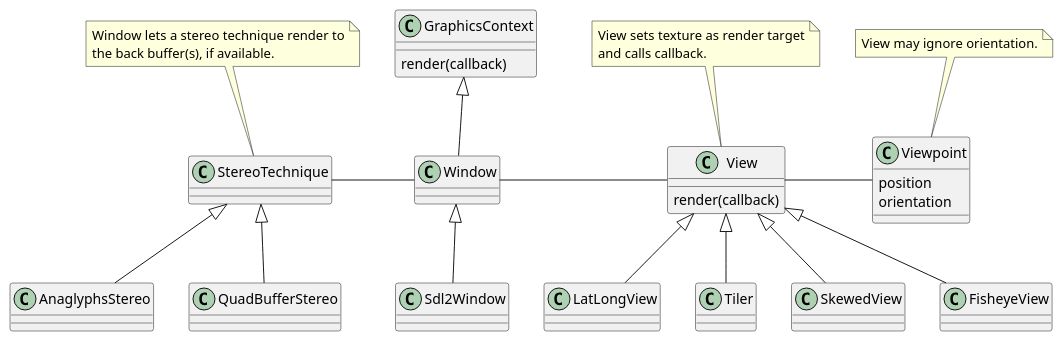
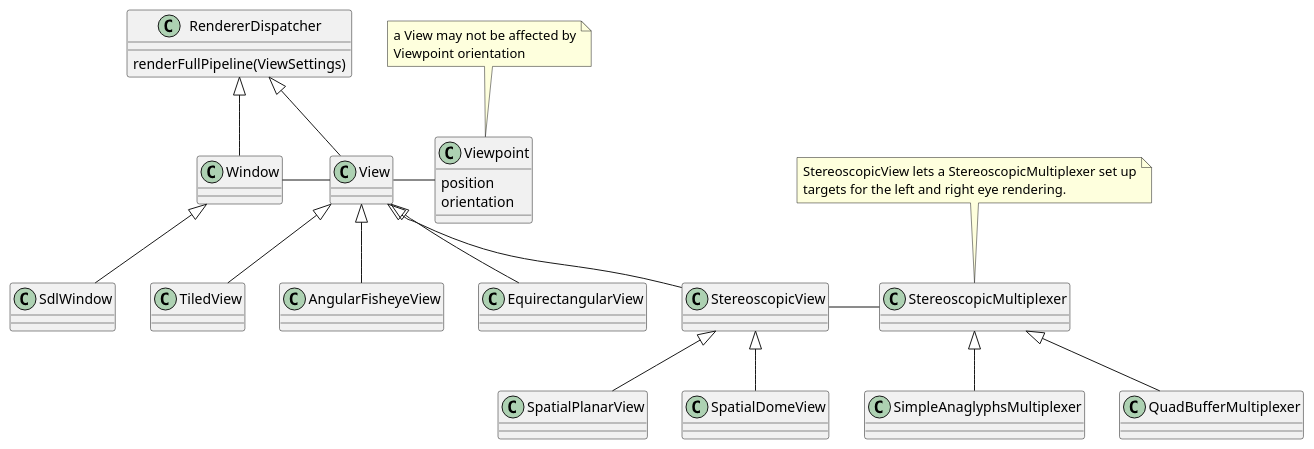
Before and after one commit to karlun/gramods: the diagram in README.md, drawn with PlantUML. The commit also changed other lines of this file, not shown here.

````diff
--- a/README.md
+++ b/README.md
@@ -157,20 +160,21 @@
 ```plantuml
-GraphicsContext <|-- Window
-GraphicsContext : render(callback)
+RendererDispatcher <|-- Window
+RendererDispatcher : renderFullPipeline(ViewSettings)
+RendererDispatcher <|-- View
 Window - View
-note top of View : View sets texture as render target\nand calls callback.
-View : render(callback)
-View <|-- Tiler
-View <|-- SkewedView
-View <|-- FisheyeView
-View <|-- LatLongView
+View <|-- TiledView
+View <|-- StereoscopicView
+StereoscopicView <|-- SpatialPlanarView
+StereoscopicView <|-- SpatialDomeView
+View <|-- AngularFisheyeView
+View <|-- EquirectangularView
 View - Viewpoint
-note top of Viewpoint : View may ignore orientation.
+note top of Viewpoint : a View may not be affected by\nViewpoint orientation
 Viewpoint : position
 Viewpoint : orientation
-Window <|-- Sdl2Window
-StereoTechnique - Window
-note top of StereoTechnique : Window lets a stereo technique render to\nthe back buffer(s), if available.
-StereoTechnique <|-- AnaglyphsStereo
-StereoTechnique <|-- QuadBufferStereo
+Window <|-- SdlWindow
+StereoscopicView - StereoscopicMultiplexer
+note top of StereoscopicMultiplexer : StereoscopicView lets a StereoscopicMultiplexer set up\ntargets for the left and right eye rendering.
+StereoscopicMultiplexer <|-- SimpleAnaglyphsMultiplexer
+StereoscopicMultiplexer <|-- QuadBufferMultiplexer
 ```
````
